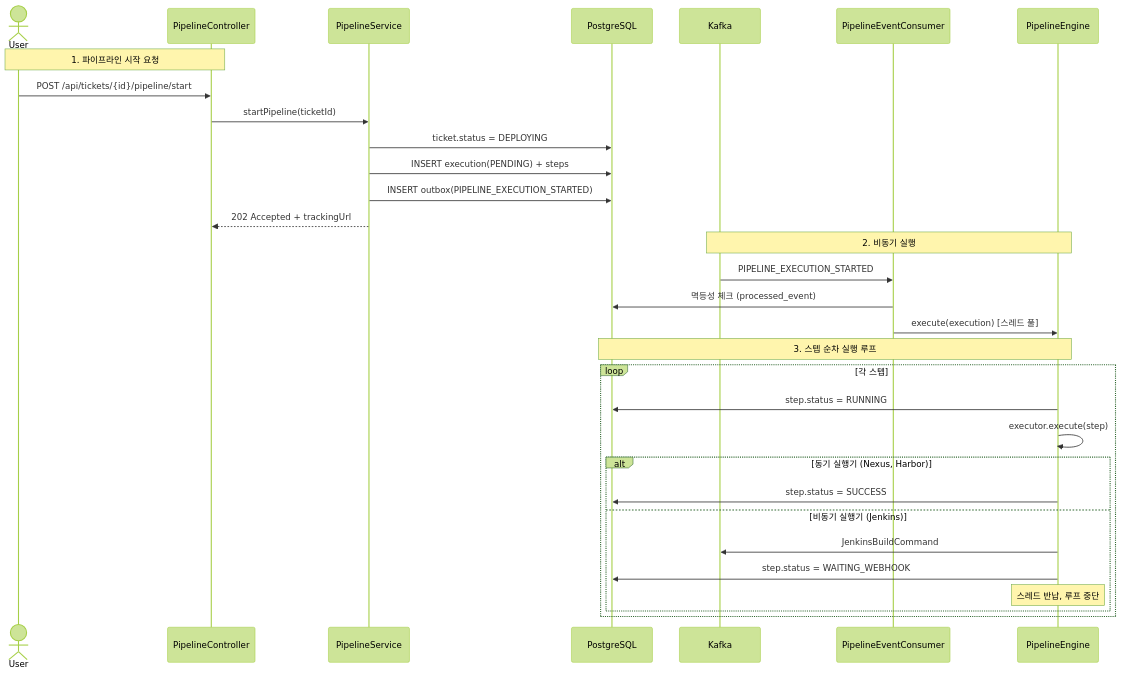
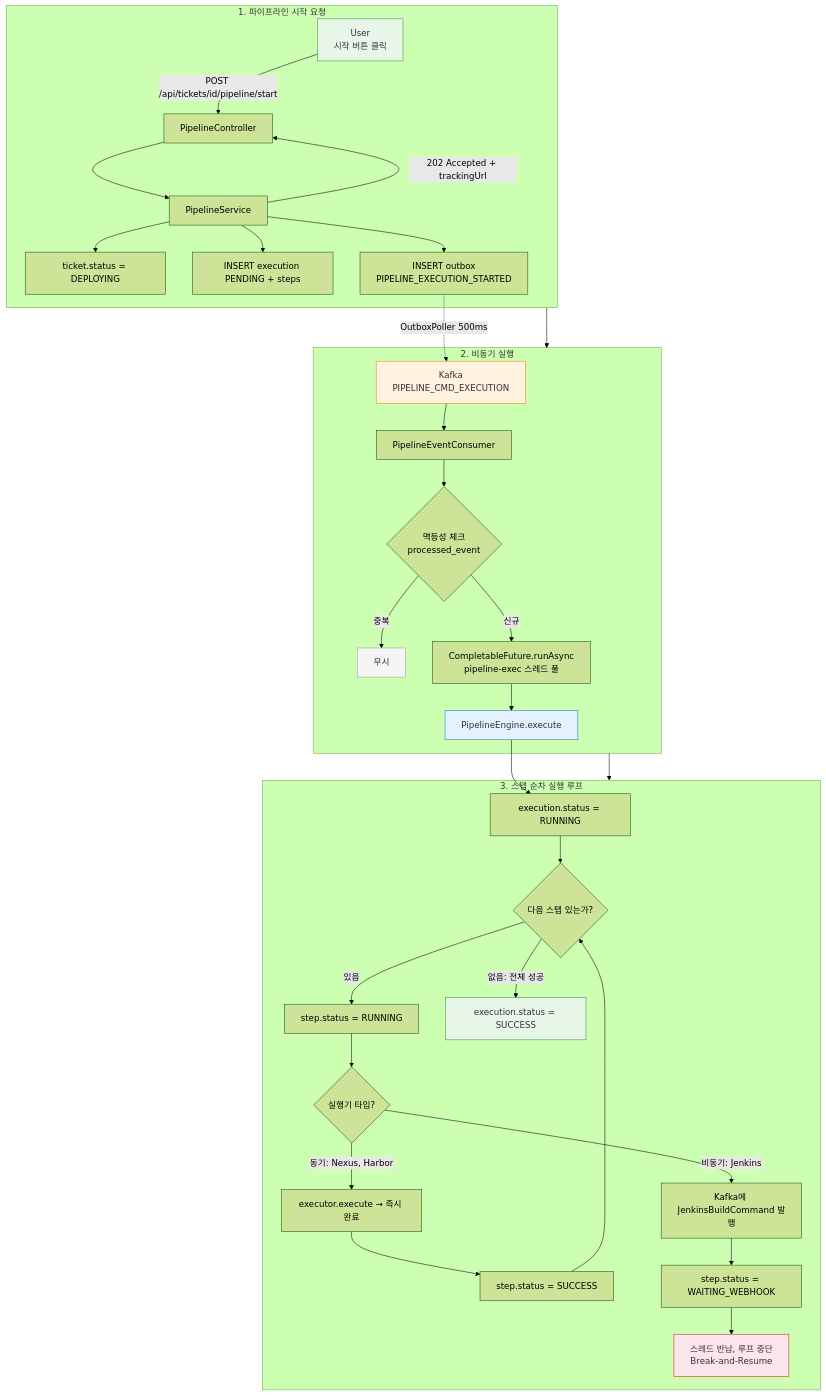
Before and after one commit to scofe97/Redpanda-PlayGround: the fourth of 7 diagrams in docs/review/02-pipeline.md, drawn with Mermaid (forest theme). The commit also changed other lines of this file and 1 other file, not shown here.

Commit message:
docs: pipeline review 및 break-and-resume 패턴 문서 업데이트

````diff
--- a/docs/review/02-pipeline.md
+++ b/docs/review/02-pipeline.md
@@ -110,36 +110,44 @@
 ```mermaid
-sequenceDiagram
-    actor User
-    participant API as PipelineController
-    participant Svc as PipelineService
-    participant DB as PostgreSQL
-    participant Kafka as Kafka
-    participant Consumer as PipelineEventConsumer
-    participant Engine as PipelineEngine
+graph TD
+    subgraph REQ["1. 파이프라인 시작 요청"]
+        A["User<br>시작 버튼 클릭"] -->|POST /api/tickets/id/pipeline/start| B[PipelineController]
+        B --> C[PipelineService]
+        C --> D["ticket.status = DEPLOYING"]
+        C --> E["INSERT execution PENDING + steps"]
+        C --> F["INSERT outbox<br>PIPELINE_EXECUTION_STARTED"]
+        C -->|202 Accepted + trackingUrl| B
+    end
 
-    Note over User,API: 1. 파이프라인 시작 요청
-    User->>API: POST /api/tickets/{id}/pipeline/start
-    API->>Svc: startPipeline(ticketId)
-    Svc->>DB: ticket.status = DEPLOYING
-    Svc->>DB: INSERT execution(PENDING) + steps
-    Svc->>DB: INSERT outbox(PIPELINE_EXECUTION_STARTED)
-    Svc-->>API: 202 Accepted + trackingUrl
+    subgraph ASYNC["2. 비동기 실행"]
+        F -.->|OutboxPoller 500ms| G[Kafka<br>PIPELINE_CMD_EXECUTION]
+        G --> H[PipelineEventConsumer]
+        H --> I{"멱등성 체크<br>processed_event"}
+        I -->|중복| Z1[무시]
+        I -->|신규| J["CompletableFuture.runAsync<br>pipeline-exec 스레드 풀"]
+        J --> K[PipelineEngine.execute]
+    end
 
-    Note over Kafka,Engine: 2. 비동기 실행
-    Kafka->>Consumer: PIPELINE_EXECUTION_STARTED
-    Consumer->>DB: 멱등성 체크 (processed_event)
-    Consumer->>Engine: execute(execution) [스레드 풀]
+    subgraph LOOP["3. 스텝 순차 실행 루프"]
+        K --> L["execution.status = RUNNING"]
+        L --> M{다음 스텝 있는가?}
+        M -->|있음| N["step.status = RUNNING"]
+        N --> O{실행기 타입?}
+        O -->|동기: Nexus, Harbor| P["executor.execute → 즉시 완료"]
+        P --> Q["step.status = SUCCESS"]
+        Q --> M
+        O -->|비동기: Jenkins| R["Kafka에 JenkinsBuildCommand 발행"]
+        R --> S["step.status = WAITING_WEBHOOK"]
+        S --> T["스레드 반납, 루프 중단<br>Break-and-Resume"]
+        M -->|없음: 전체 성공| U["execution.status = SUCCESS"]
+    end
 
-    Note over Engine,DB: 3. 스텝 순차 실행 루프
-    loop 각 스텝
-        Engine->>DB: step.status = RUNNING
-        Engine->>Engine: executor.execute(step)
-        alt 동기 실행기 (Nexus, Harbor)
-            Engine->>DB: step.status = SUCCESS
-        else 비동기 실행기 (Jenkins)
-            Engine->>Kafka: JenkinsBuildCommand
-            Engine->>DB: step.status = WAITING_WEBHOOK
-            Note over Engine: 스레드 반납, 루프 중단
-        end
-    end
+    REQ --> ASYNC
+    ASYNC --> LOOP
+
+    style A fill:#E8F5E9,stroke:#388E3C,color:#333
+    style G fill:#FFF3E0,stroke:#F57C00,color:#333
+    style K fill:#E3F2FD,stroke:#1976D2,color:#333
+    style T fill:#FCE4EC,stroke:#C62828,color:#333
+    style U fill:#E8F5E9,stroke:#388E3C,color:#333
+    style Z1 fill:#F5F5F5,stroke:#9E9E9E,color:#333
 ```
````
